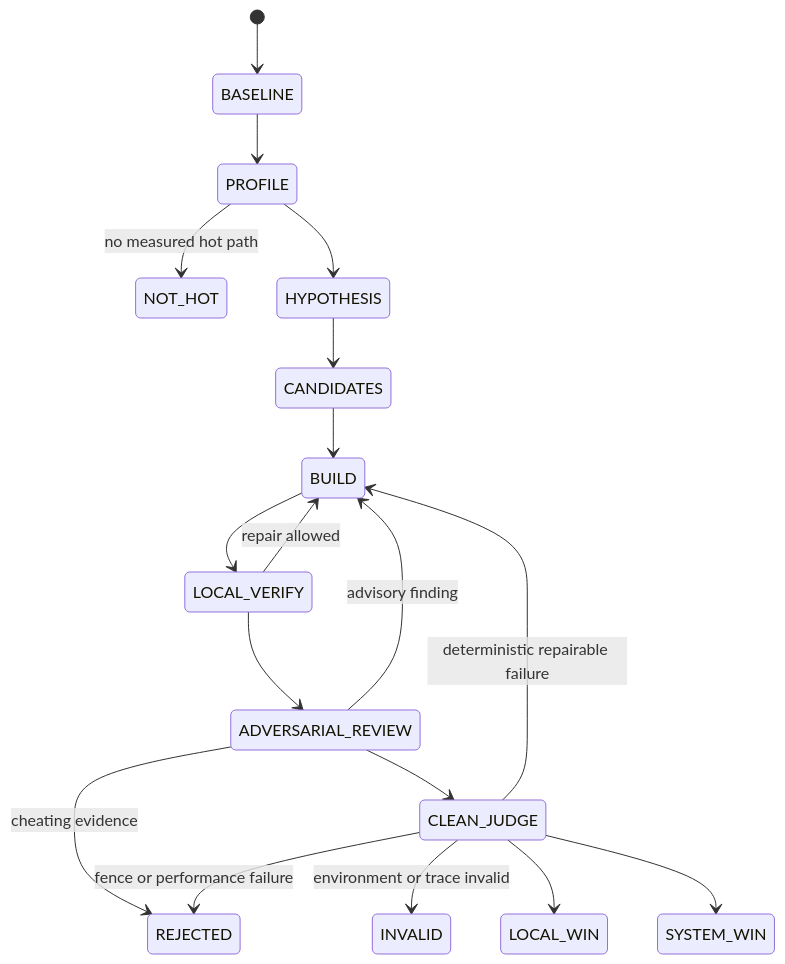
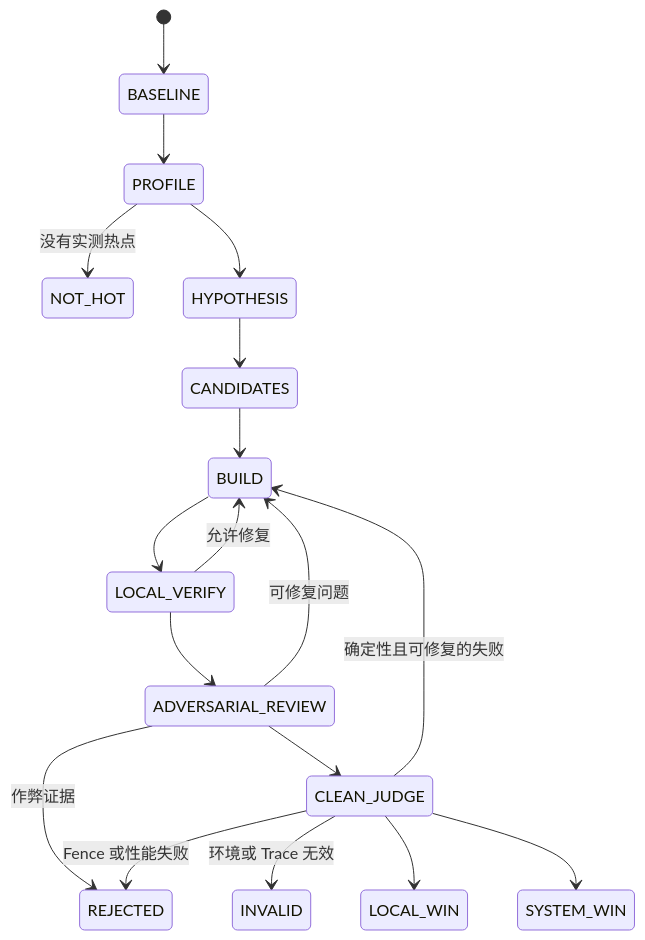
Before and after one commit to yisun219/LDA-HM-AS: the second of 2 diagrams in docs/FLOW.md, drawn with Mermaid. The commit also changed other lines of this file and 57 other files, not shown here.

Commit message:
complete Linux Development Agent production flow

````diff
--- a/docs/FLOW.md
+++ b/docs/FLOW.md
@@ -29,20 +56,20 @@
 ```mermaid
 stateDiagram-v2
   [*] --> BASELINE
   BASELINE --> PROFILE
-  PROFILE --> NOT_HOT: no measured hot path
+  PROFILE --> NOT_HOT: 没有实测热点
   PROFILE --> HYPOTHESIS
   HYPOTHESIS --> CANDIDATES
   CANDIDATES --> BUILD
   BUILD --> LOCAL_VERIFY
-  LOCAL_VERIFY --> BUILD: repair allowed
+  LOCAL_VERIFY --> BUILD: 允许修复
   LOCAL_VERIFY --> ADVERSARIAL_REVIEW
-  ADVERSARIAL_REVIEW --> BUILD: advisory finding
-  ADVERSARIAL_REVIEW --> REJECTED: cheating evidence
+  ADVERSARIAL_REVIEW --> BUILD: 可修复问题
+  ADVERSARIAL_REVIEW --> REJECTED: 作弊证据
   ADVERSARIAL_REVIEW --> CLEAN_JUDGE
-  CLEAN_JUDGE --> BUILD: deterministic repairable failure
-  CLEAN_JUDGE --> INVALID: environment or trace invalid
-  CLEAN_JUDGE --> REJECTED: fence or performance failure
+  CLEAN_JUDGE --> BUILD: 确定性且可修复的失败
+  CLEAN_JUDGE --> INVALID: 环境或 Trace 无效
+  CLEAN_JUDGE --> REJECTED: Fence 或性能失败
   CLEAN_JUDGE --> LOCAL_WIN
   CLEAN_JUDGE --> SYSTEM_WIN
 ```
````
